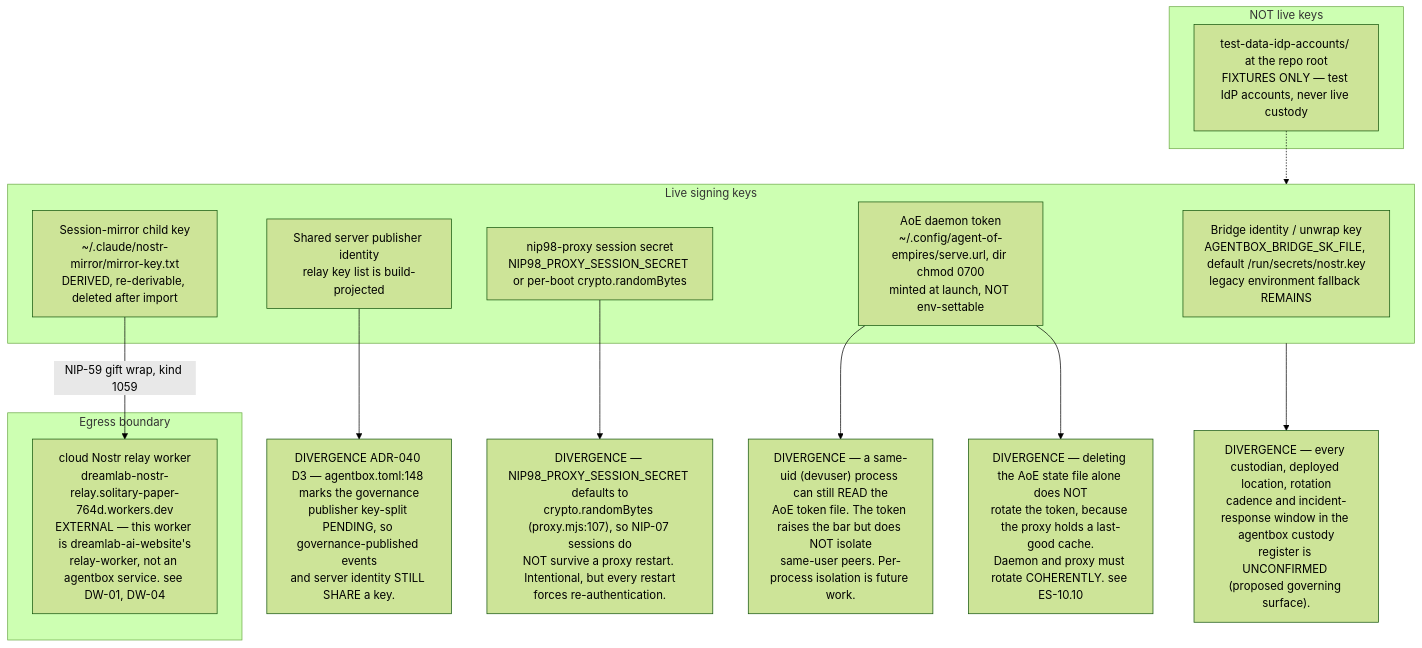
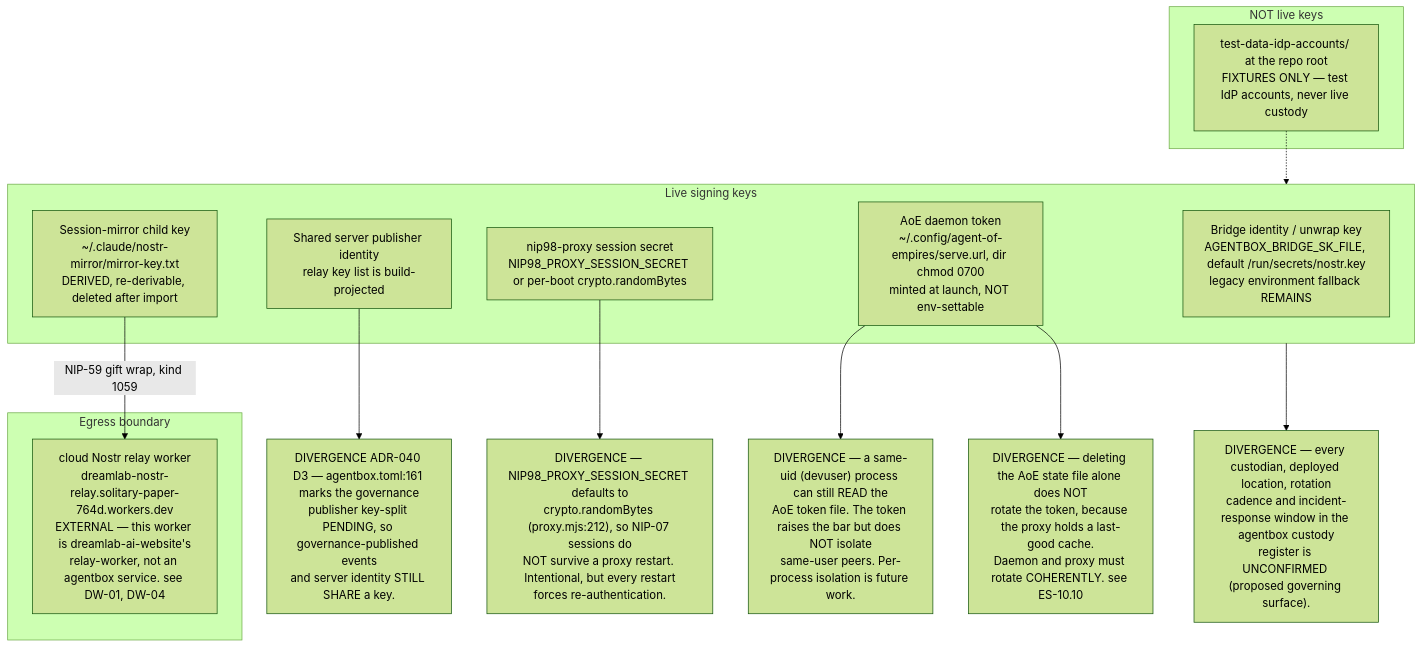
One commit to DreamLab-AI/VisionFlow changed the fifth of 7 diagrams in docs/diagrams/estate/04-identity-mesh-did-nostr.md. Above: the diagram before and after it, drawn with Mermaid (forest theme). The commit also changed other lines of this file and 12 other files, not shown here.

````diff
--- a/docs/diagrams/estate/04-identity-mesh-did-nostr.md
+++ b/docs/diagrams/estate/04-identity-mesh-did-nostr.md
@@ -223,31 +224,31 @@
 ```mermaid
 flowchart TB
     subgraph live["Live signing keys"]
         K1["Bridge identity / unwrap key<br/>AGENTBOX_BRIDGE_SK_FILE, default /run/secrets/nostr.key<br/>legacy environment fallback REMAINS"]
         K2["Shared server publisher identity<br/>relay key list is build-projected"]
         K3["AoE daemon token<br/>~/.config/agent-of-empires/serve.url, dir chmod 0700<br/>minted at launch, NOT env-settable"]
         K4["nip98-proxy session secret<br/>NIP98_PROXY_SESSION_SECRET or per-boot crypto.randomBytes"]
         K5["Session-mirror child key<br/>~/.claude/nostr-mirror/mirror-key.txt<br/>DERIVED, re-derivable, deleted after import"]
     end
     subgraph fixtures["NOT live keys"]
         F1["test-data-idp-accounts/ at the repo root<br/>FIXTURES ONLY — test IdP accounts, never live custody"]
     end
     subgraph boundary["Egress boundary"]
         REL["cloud Nostr relay worker<br/>dreamlab-nostr-relay.solitary-paper-764d.workers.dev<br/>EXTERNAL — this worker is dreamlab-ai-website's<br/>relay-worker, not an agentbox service. see DW-01, DW-04"]
     end
 
     K5 -->|"NIP-59 gift wrap, kind 1059"| REL
 
-    D1["DIVERGENCE ADR-040 D3 — agentbox.toml:148 marks the governance<br/>publisher key-split PENDING, so governance-published events<br/>and server identity STILL SHARE a key."]
-    D2["DIVERGENCE — NIP98_PROXY_SESSION_SECRET defaults to<br/>crypto.randomBytes (proxy.mjs:107), so NIP-07 sessions do<br/>NOT survive a proxy restart. Intentional, but every restart<br/>forces re-authentication."]
+    D1["DIVERGENCE ADR-040 D3 — agentbox.toml:161 marks the governance<br/>publisher key-split PENDING, so governance-published events<br/>and server identity STILL SHARE a key."]
+    D2["DIVERGENCE — NIP98_PROXY_SESSION_SECRET defaults to<br/>crypto.randomBytes (proxy.mjs:212), so NIP-07 sessions do<br/>NOT survive a proxy restart. Intentional, but every restart<br/>forces re-authentication."]
     D3["DIVERGENCE — a same-uid (devuser) process can still READ the<br/>AoE token file. The token raises the bar but does NOT isolate<br/>same-user peers. Per-process isolation is future work."]
     D4["DIVERGENCE — deleting the AoE state file alone does NOT<br/>rotate the token, because the proxy holds a last-good cache.<br/>Daemon and proxy must rotate COHERENTLY. see ES-10.10"]
     D5["DIVERGENCE — every custodian, deployed location, rotation<br/>cadence and incident-response window in the agentbox custody<br/>register is UNCONFIRMED (proposed governing surface)."]
 
     K2 --> D1
     K4 --> D2
     K3 --> D3
     K3 --> D4
     live --> D5
     F1 -.-> live
 ```
````
